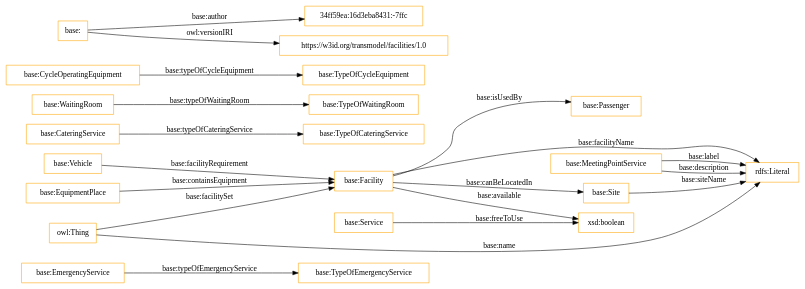
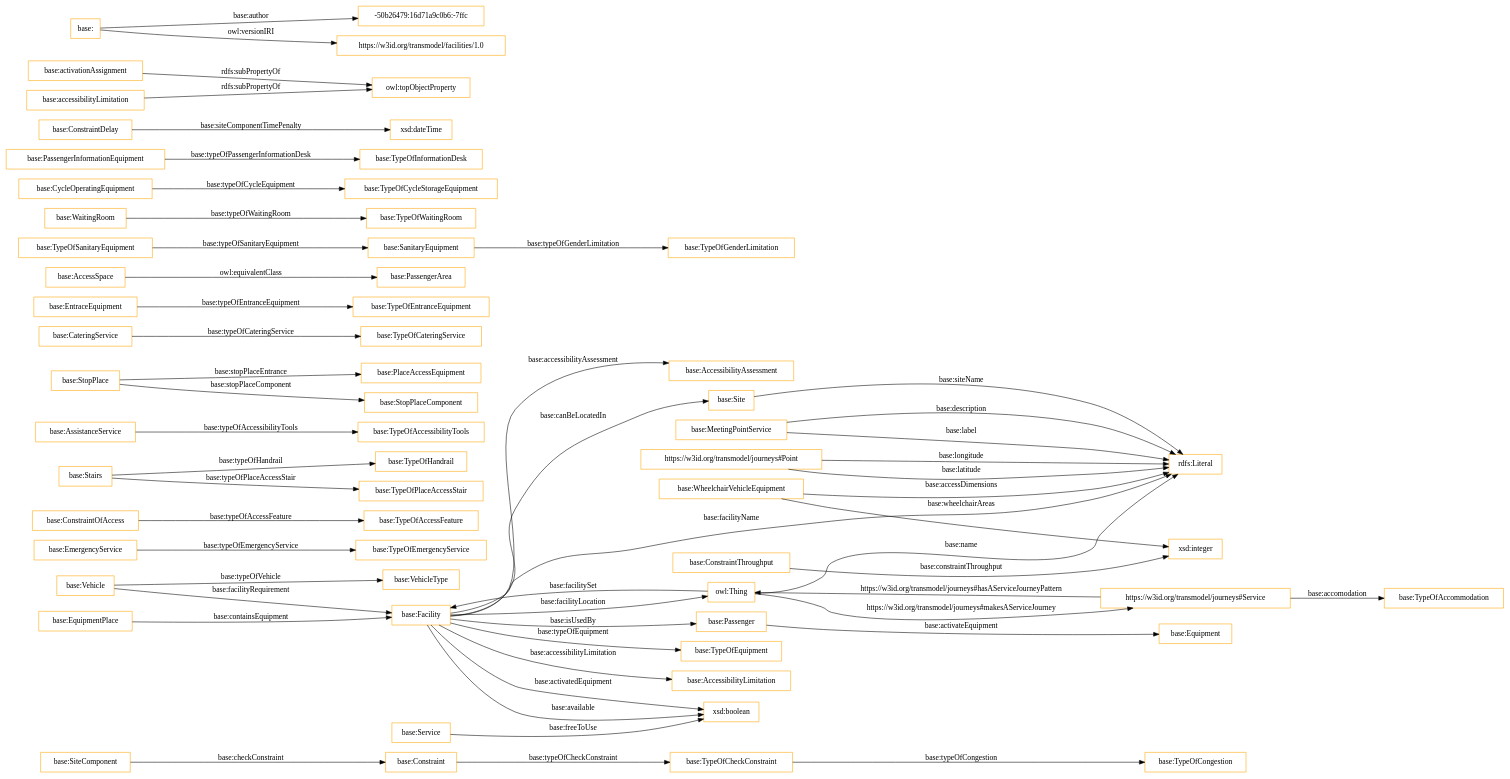
Before and after one commit to oeg-upm/transmodel-ontology: the diagram in OnToology/ontology/tm-facilities.owl/diagrams/ar2dtool-class/tm-facilities.owl.png.dot, drawn with Graphviz. The commit also changed 41 other files, not shown here.

```diff
--- a/OnToology/ontology/tm-facilities.owl/diagrams/ar2dtool-class/tm-facilities.owl.png.dot
+++ b/OnToology/ontology/tm-facilities.owl/diagrams/ar2dtool-class/tm-facilities.owl.png.dot
@@ -1,24 +1,56 @@
 digraph ar2dtool_diagram { 
 rankdir=LR;
 size="1501"
-node [shape = rectangle, color="orange"]; "base:EmergencyService" "base:Vehicle" "base:Facility" "base:CateringService" "base:TypeOfEmergencyService" "base:Site" "base:Service" "base:TypeOfCateringService" "base:TypeOfWaitingRoom" "base:Passenger" "base:WaitingRoom" "base:CycleOperatingEquipment" "base:TypeOfCycleEquipment" "base:EquipmentPlace" "base:MeetingPointService" ; /*classes style*/
-	"base:" -> "34ff59ea:16d3eba8431:-7ffc" [ label = "base:author" ];
+node [shape = rectangle, color="orange"]; "base:SiteComponent" "base:AccessibilityAssessment" "base:EmergencyService" "base:ConstraintOfAccess" "https://w3id.org/transmodel/journeys#Point" "base:Vehicle" "base:TypeOfHandrail" "base:Facility" "base:AssistanceService" "base:PlaceAccessEquipment" "base:CateringService" "base:EntraceEquipment" "base:TypeOfEmergencyService" "base:Site" "base:Equipment" "base:TypeOfEntranceEquipment" "base:TypeOfPlaceAccessStair" "base:StopPlaceComponent" "base:Service" "base:TypeOfCateringService" "base:PassengerArea" "base:TypeOfAccessFeature" "base:TypeOfSanitaryEquipment" "base:VehicleType" "base:TypeOfWaitingRoom" "base:TypeOfCheckConstraint" "base:TypeOfCycleStorageEquipment" "base:Passenger" "base:PassengerInformationEquipment" "base:TypeOfInformationDesk" "base:TypeOfEquipment" "base:ConstraintDelay" "base:Stairs" "base:WaitingRoom" "base:CycleOperatingEquipment" "base:Constraint" "base:StopPlace" "base:TypeOfGenderLimitation" "base:TypeOfAccessibilityTools" "base:AccessSpace" "base:AccessibilityLimitation" "base:SanitaryEquipment" "base:ConstraintThroughput" "base:WheelchairVehicleEquipment" "base:EquipmentPlace" "base:TypeOfAccommodation" "base:TypeOfCongestion" "https://w3id.org/transmodel/journeys#Service" "base:MeetingPointService" ; /*classes style*/
+	"base:AccessSpace" -> "base:PassengerArea" [ label = "owl:equivalentClass" ];
+	"base:activationAssignment" -> "owl:topObjectProperty" [ label = "rdfs:subPropertyOf" ];
+	"base:" -> "-50b26479:16d71a9c0b6:-7ffc" [ label = "base:author" ];
 	"base:" -> "https://w3id.org/transmodel/facilities/1.0" [ label = "owl:versionIRI" ];
+	"base:accessibilityLimitation" -> "owl:topObjectProperty" [ label = "rdfs:subPropertyOf" ];
+	"base:Passenger" -> "base:Equipment" [ label = "base:activateEquipment" ];
+	"owl:Thing" -> "base:Facility" [ label = "base:facilitySet" ];
 	"base:Service" -> "xsd:boolean" [ label = "base:freeToUse" ];
-	"owl:Thing" -> "base:Facility" [ label = "base:facilitySet" ];
+	"base:Facility" -> "xsd:boolean" [ label = "base:activatedEquipment" ];
+	"base:Constraint" -> "base:TypeOfCheckConstraint" [ label = "base:typeOfCheckConstraint" ];
+	"base:Facility" -> "base:AccessibilityAssessment" [ label = "base:accessibilityAssessment" ];
+	"base:Facility" -> "base:Passenger" [ label = "base:isUsedBy" ];
+	"base:AssistanceService" -> "base:TypeOfAccessibilityTools" [ label = "base:typeOfAccessibilityTools" ];
+	"owl:Thing" -> "https://w3id.org/transmodel/journeys#Service" [ label = "https://w3id.org/transmodel/journeys#makesAServiceJourney" ];
+	"base:Stairs" -> "base:TypeOfPlaceAccessStair" [ label = "base:typeOfPlaceAccessStair" ];
+	"base:CateringService" -> "base:TypeOfCateringService" [ label = "base:typeOfCateringService" ];
+	"base:EntraceEquipment" -> "base:TypeOfEntranceEquipment" [ label = "base:typeOfEntranceEquipment" ];
+	"base:TypeOfCheckConstraint" -> "base:TypeOfCongestion" [ label = "base:typeOfCongestion" ];
+	"base:ConstraintThroughput" -> "xsd:integer" [ label = "base:constraintThroughput" ];
+	"base:Site" -> "rdfs:Literal" [ label = "base:siteName" ];
+	"base:Facility" -> "rdfs:Literal" [ label = "base:facilityName" ];
+	"https://w3id.org/transmodel/journeys#Point" -> "rdfs:Literal" [ label = "base:latitude" ];
+	"owl:Thing" -> "rdfs:Literal" [ label = "base:name" ];
 	"base:EmergencyService" -> "base:TypeOfEmergencyService" [ label = "base:typeOfEmergencyService" ];
-	"owl:Thing" -> "rdfs:Literal" [ label = "base:name" ];
-	"base:Facility" -> "base:Passenger" [ label = "base:isUsedBy" ];
+	"base:Facility" -> "base:TypeOfEquipment" [ label = "base:typeOfEquipment" ];
+	"https://w3id.org/transmodel/journeys#Service" -> "base:TypeOfAccommodation" [ label = "base:accomodation" ];
+	"base:SanitaryEquipment" -> "base:TypeOfGenderLimitation" [ label = "base:typeOfGenderLimitation" ];
+	"base:PassengerInformationEquipment" -> "base:TypeOfInformationDesk" [ label = "base:typeOfPassengerInformationDesk" ];
+	"base:ConstraintDelay" -> "xsd:dateTime" [ label = "base:siteComponentTimePenalty" ];
+	"base:WheelchairVehicleEquipment" -> "xsd:integer" [ label = "base:wheelchairAreas" ];
 	"base:WaitingRoom" -> "base:TypeOfWaitingRoom" [ label = "base:typeOfWaitingRoom" ];
+	"base:Facility" -> "owl:Thing" [ label = "base:facilityLocation" ];
 	"base:Facility" -> "xsd:boolean" [ label = "base:available" ];
-	"base:CycleOperatingEquipment" -> "base:TypeOfCycleEquipment" [ label = "base:typeOfCycleEquipment" ];
-	"base:CateringService" -> "base:TypeOfCateringService" [ label = "base:typeOfCateringService" ];
+	"base:CycleOperatingEquipment" -> "base:TypeOfCycleStorageEquipment" [ label = "base:typeOfCycleEquipment" ];
+	"base:ConstraintOfAccess" -> "base:TypeOfAccessFeature" [ label = "base:typeOfAccessFeature" ];
+	"https://w3id.org/transmodel/journeys#Point" -> "rdfs:Literal" [ label = "base:longitude" ];
+	"https://w3id.org/transmodel/journeys#Service" -> "owl:Thing" [ label = "https://w3id.org/transmodel/journeys#hasAServiceJourneyPattern" ];
 	"base:Facility" -> "base:Site" [ label = "base:canBeLocatedIn" ];
 	"base:MeetingPointService" -> "rdfs:Literal" [ label = "base:description" ];
+	"base:Facility" -> "base:AccessibilityLimitation" [ label = "base:accessibilityLimitation" ];
 	"base:Vehicle" -> "base:Facility" [ label = "base:facilityRequirement" ];
+	"base:TypeOfSanitaryEquipment" -> "base:SanitaryEquipment" [ label = "base:typeOfSanitaryEquipment" ];
+	"base:StopPlace" -> "base:StopPlaceComponent" [ label = "base:stopPlaceComponent" ];
+	"base:SiteComponent" -> "base:Constraint" [ label = "base:checkConstraint" ];
 	"base:MeetingPointService" -> "rdfs:Literal" [ label = "base:label" ];
-	"base:Site" -> "rdfs:Literal" [ label = "base:siteName" ];
-	"base:Facility" -> "rdfs:Literal" [ label = "base:facilityName" ];
+	"base:Stairs" -> "base:TypeOfHandrail" [ label = "base:typeOfHandrail" ];
+	"base:WheelchairVehicleEquipment" -> "rdfs:Literal" [ label = "base:accessDimensions" ];
 	"base:EquipmentPlace" -> "base:Facility" [ label = "base:containsEquipment" ];
+	"base:StopPlace" -> "base:PlaceAccessEquipment" [ label = "base:stopPlaceEntrance" ];
+	"base:Vehicle" -> "base:VehicleType" [ label = "base:typeOfVehicle" ];
 
 }
```
